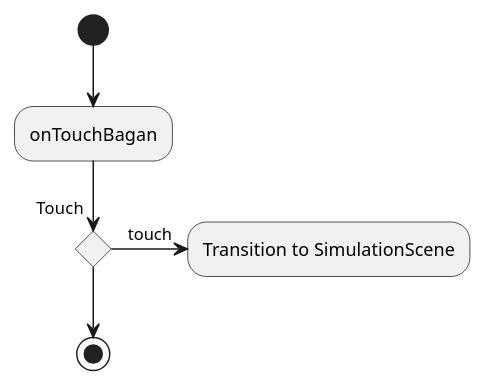
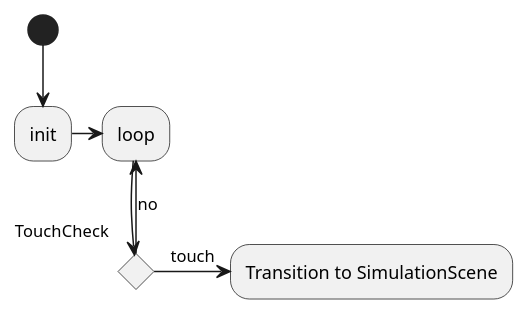
The diagram in UML/title_activity.wsd (Expine/PaS), drawn with PlantUML before and after one commit. The commit also changed 26 other files, not shown here.

Commit message:
Make full UML

```diff
--- a/UML/title_activity.wsd
+++ b/UML/title_activity.wsd
@@ -1,10 +1,12 @@
 @startuml
 
-(*) --> "onTouchBagan"
+(*) --> "init"
 
-if "Touch" then
+"init" -> "loop"
+
+if "TouchCheck" then
 	->[touch] "Transition to SimulationScene"
 else
-	--> (*)
+	-->[no] "loop"
 
 @enduml
```
